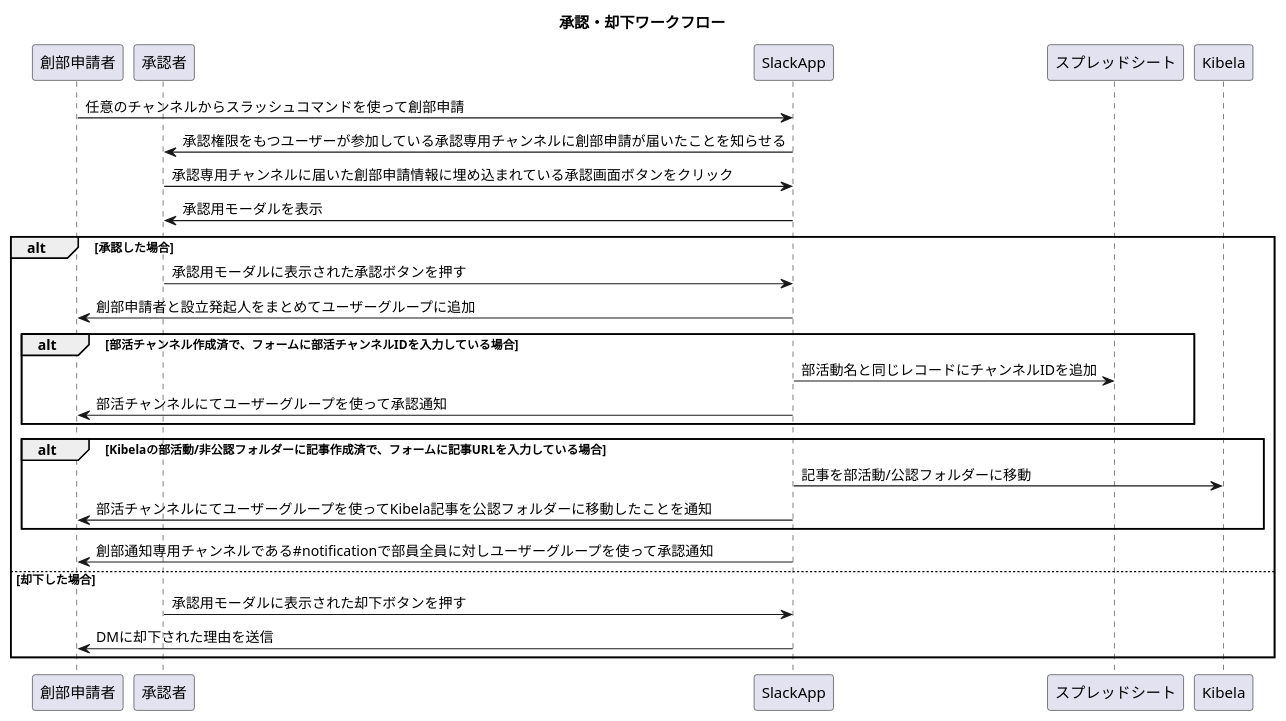
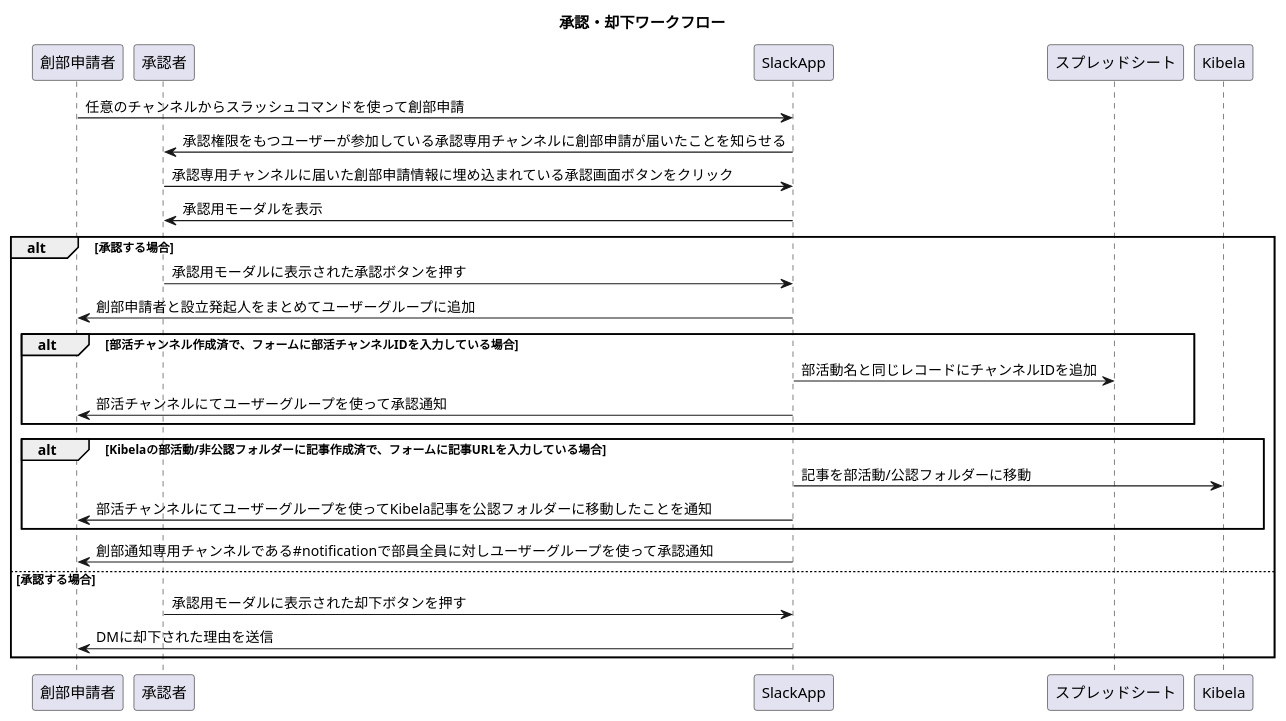
The diagram in docs/sequence-diagram/ButtonFlow.pu (tam-bourine/club-entry-manager), drawn with PlantUML before and after one commit.

Commit message:
update: 分岐条件の文言を過去形から現在形に変更

```diff
--- a/docs/sequence-diagram/ButtonFlow.pu
+++ b/docs/sequence-diagram/ButtonFlow.pu
@@ -1,28 +1,28 @@
 @startuml
 title 承認・却下ワークフロー
 
 participant 創部申請者
 participant 承認者
 
 創部申請者 -> SlackApp: 任意のチャンネルからスラッシュコマンドを使って創部申請
 SlackApp -> 承認者: 承認権限をもつユーザーが参加している承認専用チャンネルに創部申請が届いたことを知らせる
 承認者 -> SlackApp: 承認専用チャンネルに届いた創部申請情報に埋め込まれている承認画面ボタンをクリック
 SlackApp -> 承認者: 承認用モーダルを表示
 
-alt 承認した場合
+alt 承認する場合
     承認者 -> SlackApp: 承認用モーダルに表示された承認ボタンを押す
     SlackApp -> 創部申請者: 創部申請者と設立発起人をまとめてユーザーグループに追加
     alt 部活チャンネル作成済で、フォームに部活チャンネルIDを入力している場合
         SlackApp -> スプレッドシート: 部活動名と同じレコードにチャンネルIDを追加
         SlackApp -> 創部申請者: 部活チャンネルにてユーザーグループを使って承認通知
     end
     alt Kibelaの部活動/非公認フォルダーに記事作成済で、フォームに記事URLを入力している場合
         SlackApp -> Kibela: 記事を部活動/公認フォルダーに移動
         創部申請者 <- SlackApp: 部活チャンネルにてユーザーグループを使ってKibela記事を公認フォルダーに移動したことを通知
     end
     SlackApp -> 創部申請者: 創部通知専用チャンネルである#notificationで部員全員に対しユーザーグループを使って承認通知
-else 却下した場合
+else 承認する場合
     承認者 -> SlackApp: 承認用モーダルに表示された却下ボタンを押す
     SlackApp -> 創部申請者: DMに却下された理由を送信
 end
 @enduml
```
